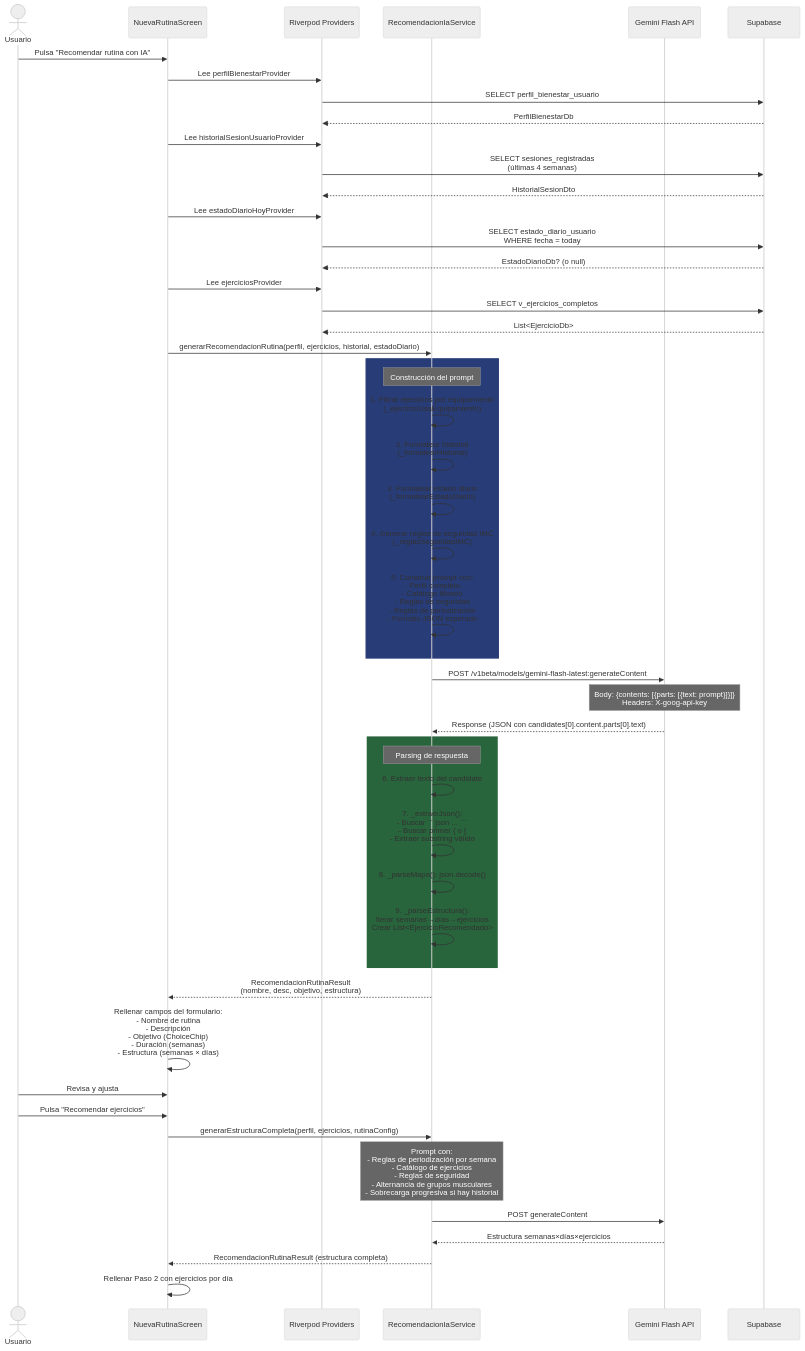
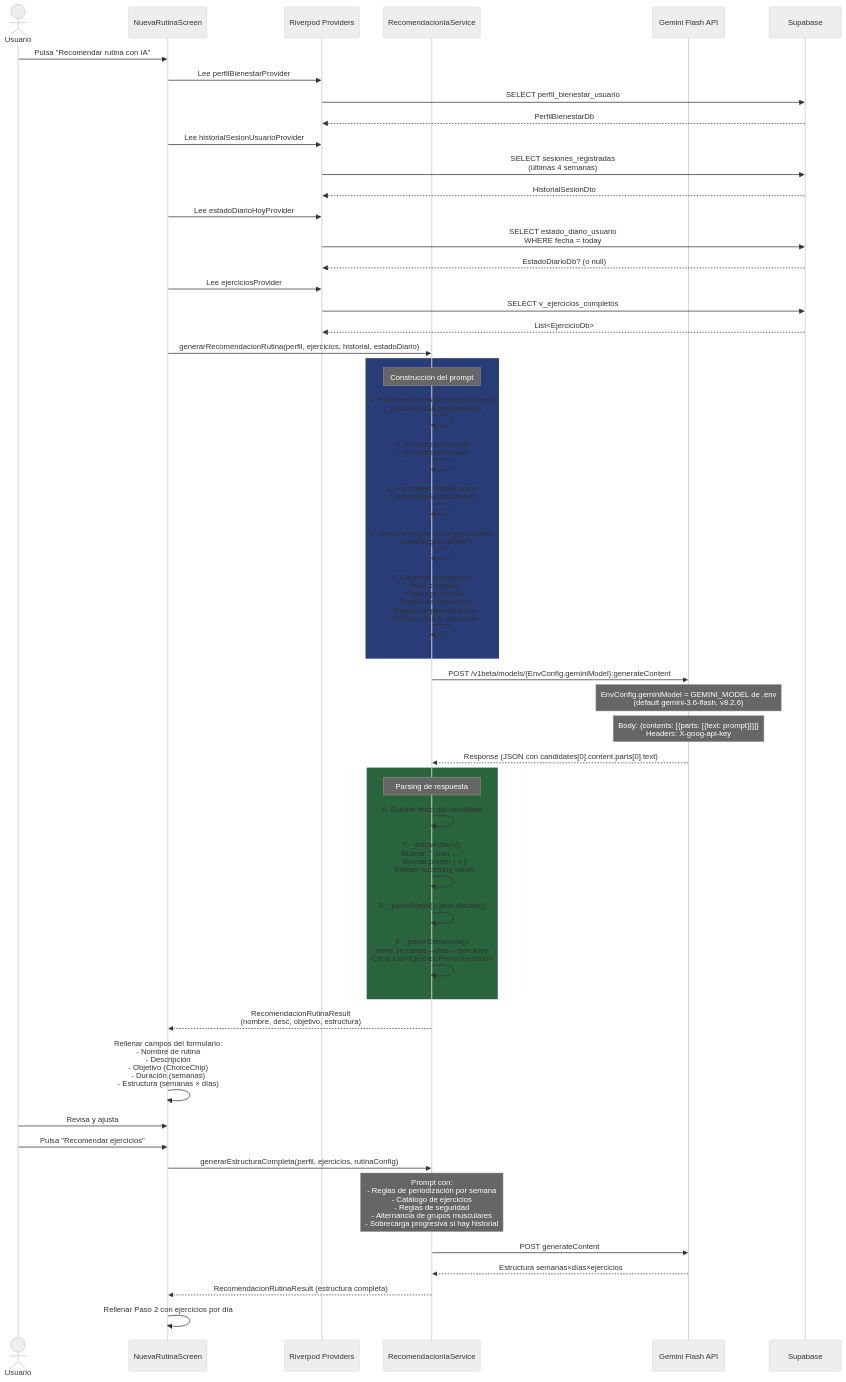
Before and after one commit to Jloen1999/synaptixfit: the third of 11 diagrams in docs/03-architecture.md, drawn with Mermaid (neutral theme). The commit also changed other lines of this file and 38 other files, not shown here.

````diff
--- a/docs/03-architecture.md
+++ b/docs/03-architecture.md
@@ -200,66 +202,67 @@
 ```mermaid
 sequenceDiagram
     actor User as Usuario
     participant UI as NuevaRutinaScreen
     participant Prov as Riverpod Providers
     participant IA as RecomendacionIaService
     participant Gemini as Gemini Flash API
     participant SB as Supabase
 
     User->>UI: Pulsa "Recomendar rutina con IA"
     UI->>Prov: Lee perfilBienestarProvider
     Prov->>SB: SELECT perfil_bienestar_usuario
     SB-->>Prov: PerfilBienestarDb
 
     UI->>Prov: Lee historialSesionUsuarioProvider
     Prov->>SB: SELECT sesiones_registradas<br/>(últimas 4 semanas)
     SB-->>Prov: HistorialSesionDto
 
     UI->>Prov: Lee estadoDiarioHoyProvider
     Prov->>SB: SELECT estado_diario_usuario<br/>WHERE fecha = today
     SB-->>Prov: EstadoDiarioDb? (o null)
 
     UI->>Prov: Lee ejerciciosProvider
     Prov->>SB: SELECT v_ejercicios_completos
     SB-->>Prov: List<EjercicioDb>
 
     UI->>IA: generarRecomendacionRutina(perfil, ejercicios, historial, estadoDiario)
 
     rect rgb(40, 60, 120)
         Note over IA: Construcción del prompt
 
         IA->>IA: 1. Filtrar ejercicios por equipamiento<br/>(_ejercicioUsaEquipamiento)
         IA->>IA: 2. Formatear historial<br/>(_formatearHistorial)
         IA->>IA: 3. Formatear estado diario<br/>(_formatearEstadoDiario)
         IA->>IA: 4. Generar reglas de seguridad IMC<br/>(_reglasSeguridadIMC)
         IA->>IA: 5. Construir prompt con:<br/>- Perfil completo<br/>- Catálogo filtrado<br/>- Reglas de seguridad<br/>- Reglas de periodización<br/>- Formato JSON esperado
     end
 
-    IA->>Gemini: POST /v1beta/models/gemini-flash-latest:generateContent
+    IA->>Gemini: POST /v1beta/models/{EnvConfig.geminiModel}:generateContent
+    Note over Gemini: EnvConfig.geminiModel = GEMINI_MODEL de .env<br/>(default gemini-3.6-flash, v8.2.6)
     Note over Gemini: Body: {contents: [{parts: [{text: prompt}]}]}<br/>Headers: X-goog-api-key
     Gemini-->>IA: Response (JSON con candidates[0].content.parts[0].text)
 
     rect rgb(40, 100, 60)
         Note over IA: Parsing de respuesta
 
         IA->>IA: 6. Extraer texto del candidate
         IA->>IA: 7. _extraerJson():<br/>- Buscar ```json ... ```<br/>- Buscar primer { o [<br/>- Extraer substring válido
         IA->>IA: 8. _parseMapa(): json.decode()
         IA->>IA: 9. _parseEstructura():<br/>Iterar semanas→días→ejercicios<br/>Crear List<EjercicioRecomendado>
     end
 
     IA-->>UI: RecomendacionRutinaResult<br/>(nombre, desc, objetivo, estructura)
 
     UI->>UI: Rellenar campos del formulario:<br/>- Nombre de rutina<br/>- Descripción<br/>- Objetivo (ChoiceChip)<br/>- Duración (semanas)<br/>- Estructura (semanas × días)
 
     User->>UI: Revisa y ajusta
     User->>UI: Pulsa "Recomendar ejercicios"
     UI->>IA: generarEstructuraCompleta(perfil, ejercicios, rutinaConfig)
 
     Note over IA: Prompt con:<br/>- Reglas de periodización por semana<br/>- Catálogo de ejercicios<br/>- Reglas de seguridad<br/>- Alternancia de grupos musculares<br/>- Sobrecarga progresiva si hay historial
 
     IA->>Gemini: POST generateContent
     Gemini-->>IA: Estructura semanas×días×ejercicios
     IA-->>UI: RecomendacionRutinaResult (estructura completa)
     UI->>UI: Rellenar Paso 2 con ejercicios por día
 ```
````
